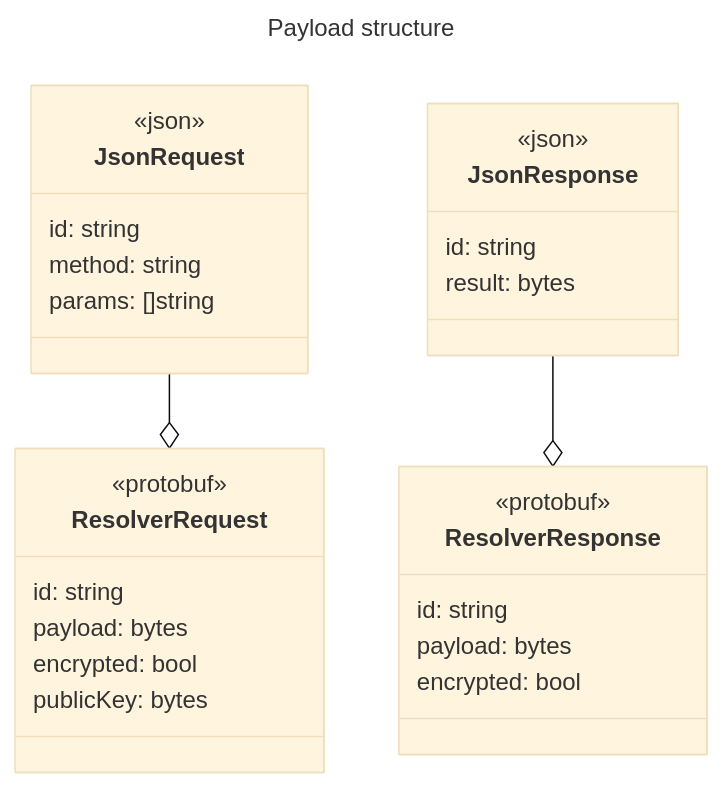
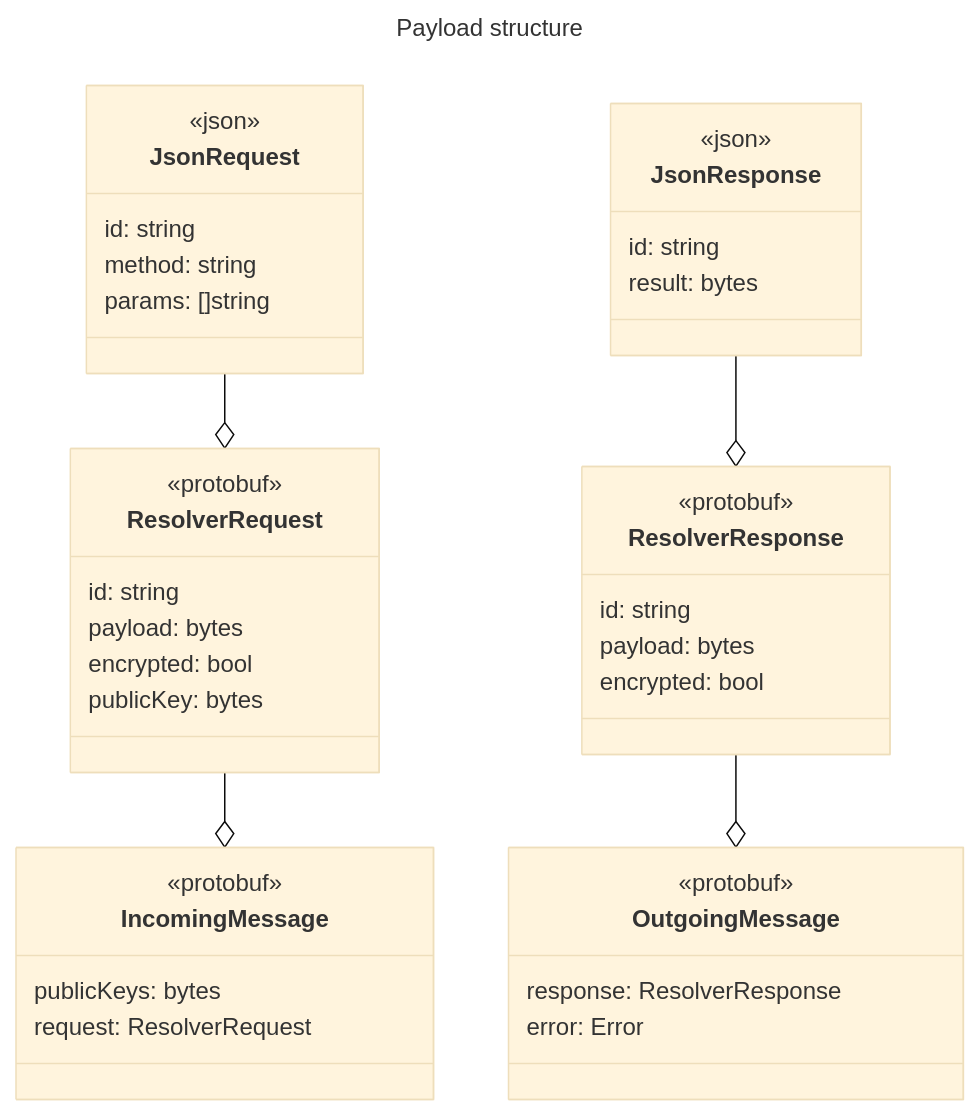
One commit to 1inch/p2p-network changed the third of 3 diagrams in README-arch.md. Above: the diagram before and after it, drawn with Mermaid (base theme). The commit also changed other lines of this file and 1 other file, not shown here.

Commit message:
Address review comments

````diff
--- a/README-arch.md
+++ b/README-arch.md
@@ -52,33 +52,45 @@
 ```mermaid
 ---
 title: Payload structure
 
 ---
 classDiagram
     class ResolverRequest {
         <<protobuf>>
         id: string
         payload: bytes
         encrypted: bool
         publicKey: bytes
     }
     class JsonRequest {
         <<json>>
         id: string
         method: string
         params: []string
     }
     class JsonResponse {
         <<json>>
         id: string
         result: bytes
     }
     class ResolverResponse {
         <<protobuf>>
         id: string
         payload: bytes
         encrypted: bool
     }
+    class IncomingMessage {
+        <<protobuf>>
+        publicKeys: bytes
+        request: ResolverRequest
+    }
+    class OutgoingMessage {
+        <<protobuf>>
+        response: ResolverResponse
+        error: Error
+    }
     JsonRequest --o ResolverRequest
     JsonResponse --o ResolverResponse
+    ResolverRequest --o IncomingMessage
+    ResolverResponse --o OutgoingMessage
 ```
````
